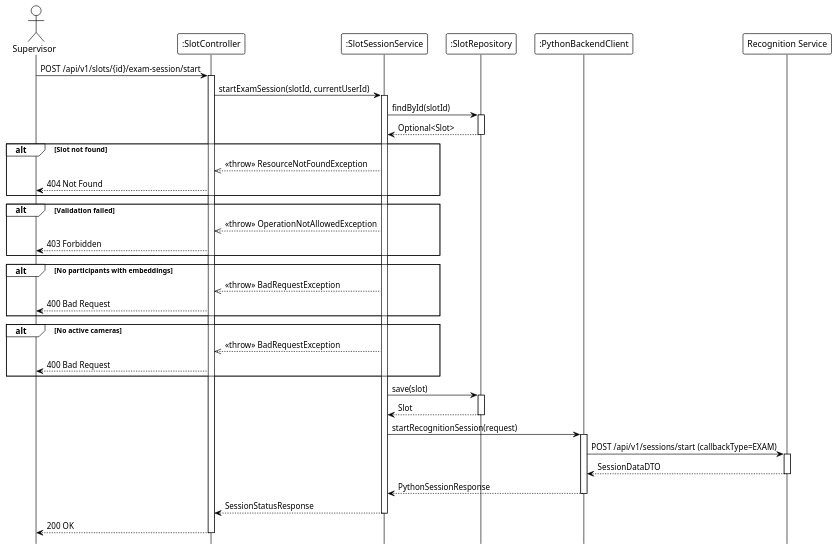
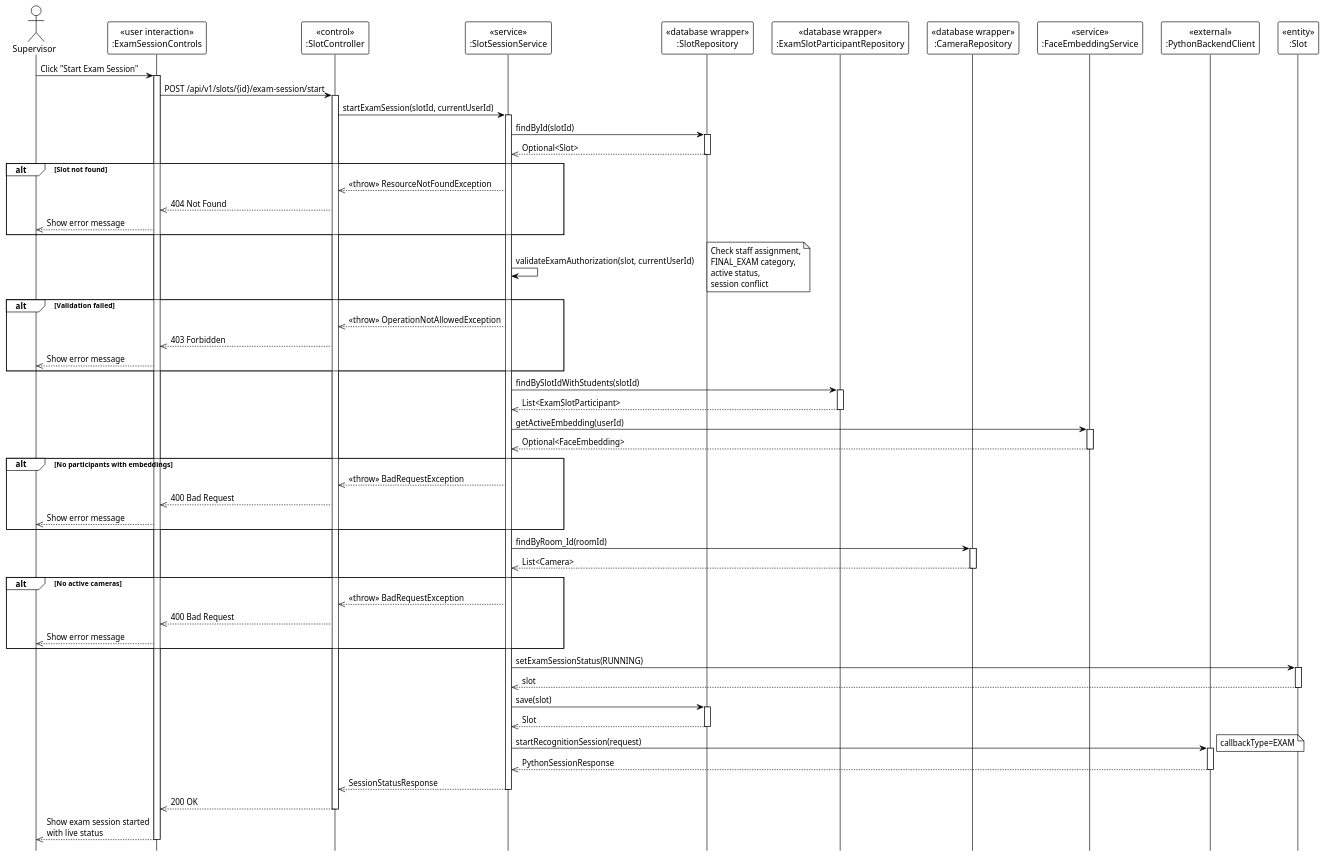
One commit to Ndh474/context changed the diagram in system_detailed_design/82_start_exam_verification_scanning/sequence_diagram_start_exam_verification_scanning.puml. Above: the diagram before and after it, drawn with PlantUML. The commit also changed 13 other files, not shown here.

Commit message:
docs(system_detailed_design): add UML stereotypes to view and scanning sequence diagrams

```diff
--- a/system_detailed_design/82_start_exam_verification_scanning/sequence_diagram_start_exam_verification_scanning.puml
+++ b/system_detailed_design/82_start_exam_verification_scanning/sequence_diagram_start_exam_verification_scanning.puml
@@ -1,77 +1,105 @@
 @startuml start_exam_verification_scanning
 !theme plain
 hide footbox
 
-actor Supervisor
-participant ":SlotController" as Controller
-participant ":SlotSessionService" as Service
-participant ":SlotRepository" as SlotRepo
-participant ":PythonBackendClient" as PythonClient
-participant "Recognition Service" as RecognitionService
+actor "Supervisor" as Supervisor
 
-' --- MAIN FLOW ---
-Supervisor -> Controller: POST /api/v1/slots/{id}/exam-session/start
+participant "«user interaction»\n:ExamSessionControls" as UI
+participant "«control»\n:SlotController" as Controller
+participant "«service»\n:SlotSessionService" as Service
+participant "«database wrapper»\n:SlotRepository" as SlotRepo
+participant "«database wrapper»\n:ExamSlotParticipantRepository" as ParticipantRepo
+participant "«database wrapper»\n:CameraRepository" as CameraRepo
+participant "«service»\n:FaceEmbeddingService" as EmbeddingService
+participant "«external»\n:PythonBackendClient" as PythonClient
+participant "«entity»\n:Slot" as Entity
+
+' === MAIN FLOW ===
+Supervisor -> UI: Click "Start Exam Session"
+activate UI
+
+UI -> Controller: POST /api/v1/slots/{id}/exam-session/start
 activate Controller
 
 Controller -> Service: startExamSession(slotId, currentUserId)
 activate Service
 
+' === FIND SLOT ===
 Service -> SlotRepo: findById(slotId)
 activate SlotRepo
-
-SlotRepo --> Service: Optional<Slot>
+SlotRepo -->> Service: Optional<Slot>
 deactivate SlotRepo
 
 alt Slot not found
     Service -->> Controller: <<throw>> ResourceNotFoundException
-    Controller --> Supervisor: 404 Not Found
+    Controller -->> UI: 404 Not Found
+    UI -->> Supervisor: Show error message
 end
 
-' Validation logic (internal: authorization, active status, FINAL_EXAM category, session conflict check)
+' === VALIDATION ===
+Service -> Service: validateExamAuthorization(slot, currentUserId)
+note right: Check staff assignment,\nFINAL_EXAM category,\nactive status,\nsession conflict
 
 alt Validation failed
     Service -->> Controller: <<throw>> OperationNotAllowedException
-    Controller --> Supervisor: 403 Forbidden
+    Controller -->> UI: 403 Forbidden
+    UI -->> Supervisor: Show error message
 end
 
-' Get exam participants with embeddings (internal: query ExamSlotParticipant, filter active embeddings)
+' === GET EXAM PARTICIPANTS WITH EMBEDDINGS ===
+Service -> ParticipantRepo: findBySlotIdWithStudents(slotId)
+activate ParticipantRepo
+ParticipantRepo -->> Service: List<ExamSlotParticipant>
+deactivate ParticipantRepo
+
+Service -> EmbeddingService: getActiveEmbedding(userId)
+activate EmbeddingService
+EmbeddingService -->> Service: Optional<FaceEmbedding>
+deactivate EmbeddingService
 
 alt No participants with embeddings
     Service -->> Controller: <<throw>> BadRequestException
-    Controller --> Supervisor: 400 Bad Request
+    Controller -->> UI: 400 Bad Request
+    UI -->> Supervisor: Show error message
 end
 
-' Get active cameras for room (internal)
+' === GET CAMERAS ===
+Service -> CameraRepo: findByRoom_Id(roomId)
+activate CameraRepo
+CameraRepo -->> Service: List<Camera>
+deactivate CameraRepo
 
 alt No active cameras
     Service -->> Controller: <<throw>> BadRequestException
-    Controller --> Supervisor: 400 Bad Request
+    Controller -->> UI: 400 Bad Request
+    UI -->> Supervisor: Show error message
 end
 
-' Update slot exam session status
+' === UPDATE SLOT STATUS ===
+Service -> Entity: setExamSessionStatus(RUNNING)
+activate Entity
+Entity -->> Service: slot
+deactivate Entity
+
 Service -> SlotRepo: save(slot)
 activate SlotRepo
-
-SlotRepo --> Service: Slot
+SlotRepo -->> Service: Slot
 deactivate SlotRepo
 
-' Call Python recognition service with callbackType=EXAM
+' === CALL PYTHON SERVICE ===
 Service -> PythonClient: startRecognitionSession(request)
 activate PythonClient
-
-PythonClient -> RecognitionService: POST /api/v1/sessions/start (callbackType=EXAM)
-activate RecognitionService
-
-RecognitionService --> PythonClient: SessionDataDTO
-deactivate RecognitionService
-
-PythonClient --> Service: PythonSessionResponse
+note right: callbackType=EXAM
+PythonClient -->> Service: PythonSessionResponse
 deactivate PythonClient
 
-Service --> Controller: SessionStatusResponse
+Service -->> Controller: SessionStatusResponse
 deactivate Service
 
-Controller --> Supervisor: 200 OK
+Controller -->> UI: 200 OK
 deactivate Controller
 
+UI -->> Supervisor: Show exam session started\nwith live status
+deactivate UI
+
 @enduml
```
